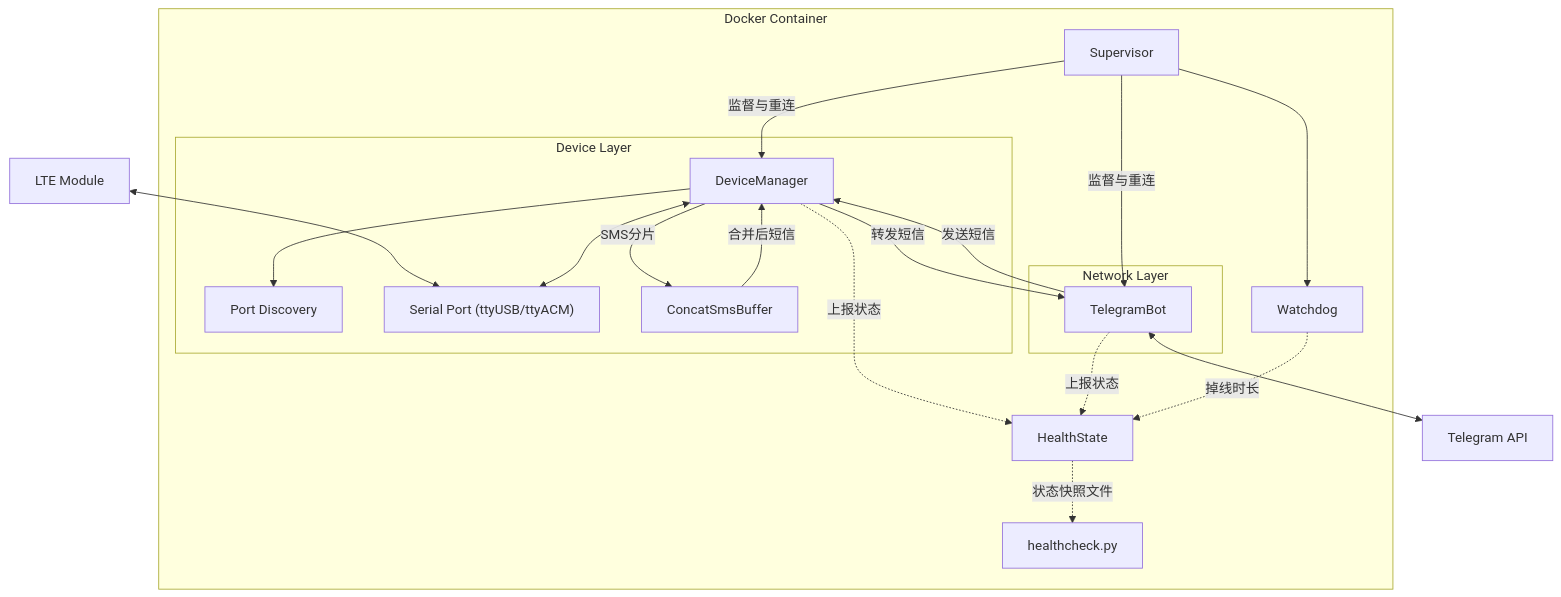
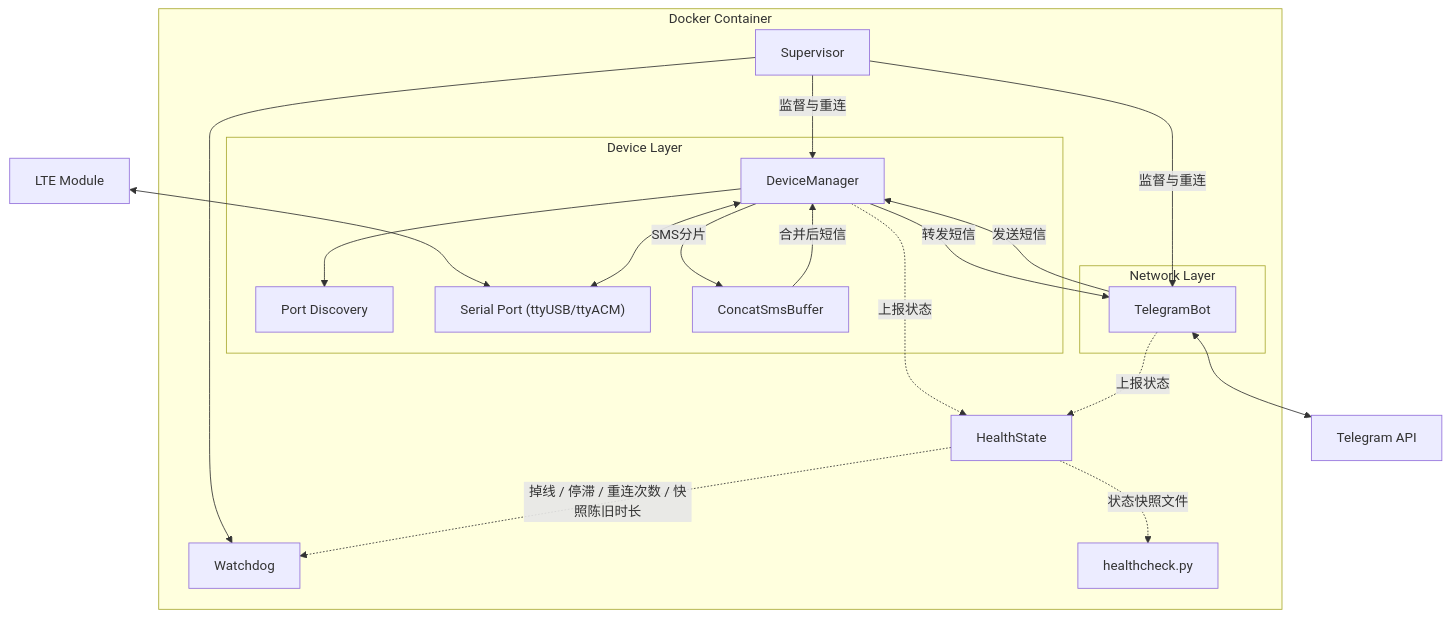
Before and after one commit to vxhorse/SMS_forwarder_Telegram: the diagram in README_CN.md, drawn with Mermaid. The commit also changed other lines of this file and 3 other files, not shown here.

````diff
--- a/README_CN.md
+++ b/README_CN.md
@@ -21,37 +21,37 @@
 ```mermaid
 graph TD
     subgraph DC [Docker Container]
         Sup[Supervisor]
         WD[Watchdog]
         HS[HealthState]
         HC["healthcheck.py"]
 
         subgraph DeviceLayer [Device Layer]
             DM[DeviceManager]
             Disc[Port Discovery]
             Serial["Serial Port (ttyUSB/ttyACM)"]
             Buffer[ConcatSmsBuffer]
         end
 
         subgraph NetworkLayer [Network Layer]
             Bot[TelegramBot]
         end
     end
 
     Hardware[LTE Module] <--> Serial
     Sup -- "监督与重连" --> DM
     Sup -- "监督与重连" --> Bot
     Sup --> WD
     DM --> Disc
     DM <--> Serial
     DM -- "SMS分片" --> Buffer
     Buffer -- "合并后短信" --> DM
     DM -- "转发短信" --> Bot
     Bot -- "发送短信" --> DM
     Bot <--> API[Telegram API]
 
     DM -. "上报状态" .-> HS
     Bot -. "上报状态" .-> HS
-    WD -. "掉线时长" .-> HS
+    HS -. "掉线 / 停滞 / 重连次数 / 快照陈旧时长" .-> WD
     HS -. "状态快照文件" .-> HC
 ```
````
